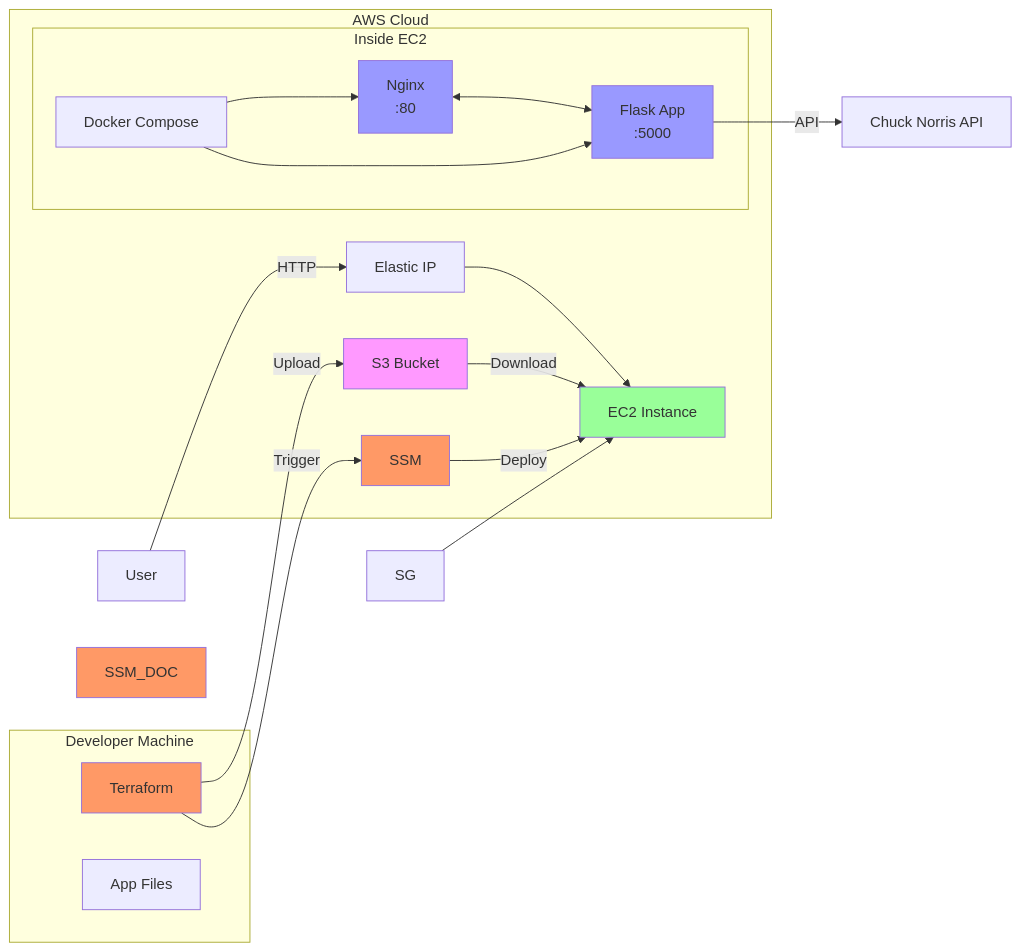
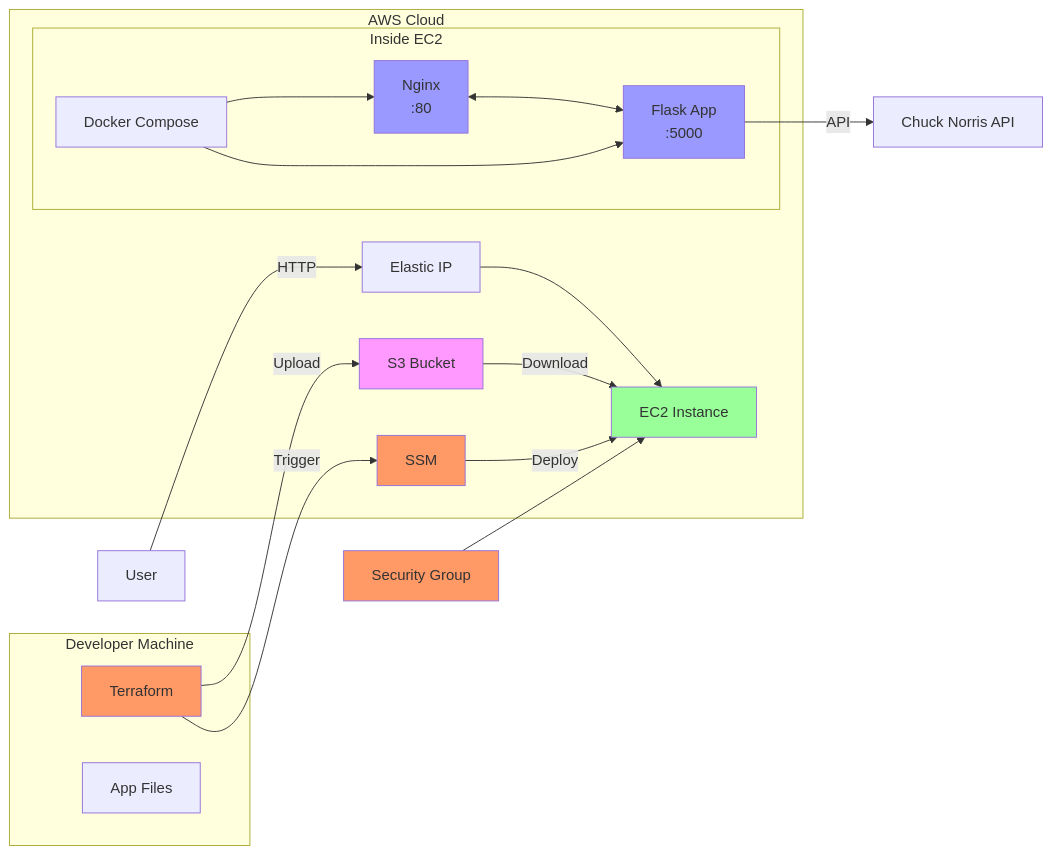
The diagram in README.md (ilham9649/chucknoris-jokes), drawn with Mermaid before and after one commit. The commit also changed other lines of this file and 3 other files, not shown here.

````diff
--- a/README.md
+++ b/README.md
@@ -18,40 +18,40 @@
 ```mermaid
 graph LR
     subgraph Local["Developer Machine"]
         TF[Terraform]
         APP[App Files]
     end
 
     subgraph AWS["AWS Cloud"]
         S3[S3 Bucket]
         EIP[Elastic IP]
         EC2[EC2 Instance]
         SSM[SSM]
-        
+
         subgraph EC2_INSIDE["Inside EC2"]
             DOCKER[Docker Compose]
             NGINX[Nginx<br/>:80]
             FLASK[Flask App<br/>:5000]
         end
     end
 
     USER[User] -->|HTTP| EIP
     EIP --> EC2
-    SG --> EC2
+    SG[Security Group] --> EC2
     TF -->|Upload| S3
     TF -->|Trigger| SSM
     SSM -->|Deploy| EC2
     S3 -->|Download| EC2
     DOCKER --> NGINX
     DOCKER --> FLASK
     NGINX <--> FLASK
     FLASK -->|API| API[Chuck Norris API]
 
     style TF fill:#f96
     style S3 fill:#f9f
     style EC2 fill:#9f9
+    style SG fill:#f96
     style SSM fill:#f96
-    style SSM_DOC fill:#f96
     style NGINX fill:#99f
     style FLASK fill:#99f
 ```
````
